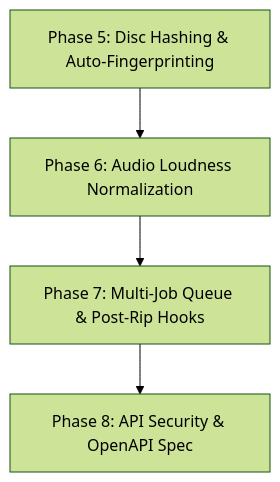
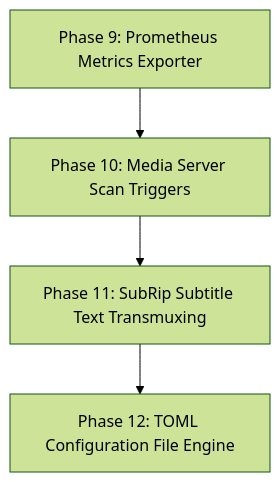
The diagram in refactor_plan.md (clockworkengineer/dvd-ripper), drawn with Mermaid (forest theme) before and after one commit. The commit also changed other lines of this file and 2 other files, not shown here.

Commit message:
feat: implement Phase 9 (Prometheus metrics exposition endpoint /metrics)

````diff
--- a/refactor_plan.md
+++ b/refactor_plan.md
@@ -38,6 +41,6 @@
 ```mermaid
 graph TD
-    A["Phase 5: Disc Hashing & Auto-Fingerprinting"] --> B["Phase 6: Audio Loudness Normalization"]
-    B --> C["Phase 7: Multi-Job Queue & Post-Rip Hooks"]
-    C --> D["Phase 8: API Security & OpenAPI Spec"]
+    A["Phase 9: Prometheus Metrics Exporter"] --> B["Phase 10: Media Server Scan Triggers"]
+    B --> C["Phase 11: SubRip Subtitle Text Transmuxing"]
+    C --> D["Phase 12: TOML Configuration File Engine"]
 ```
````
